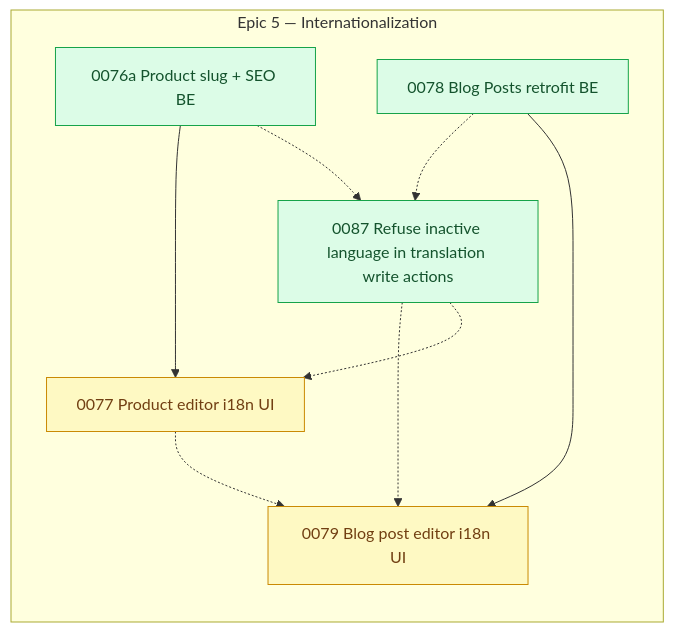
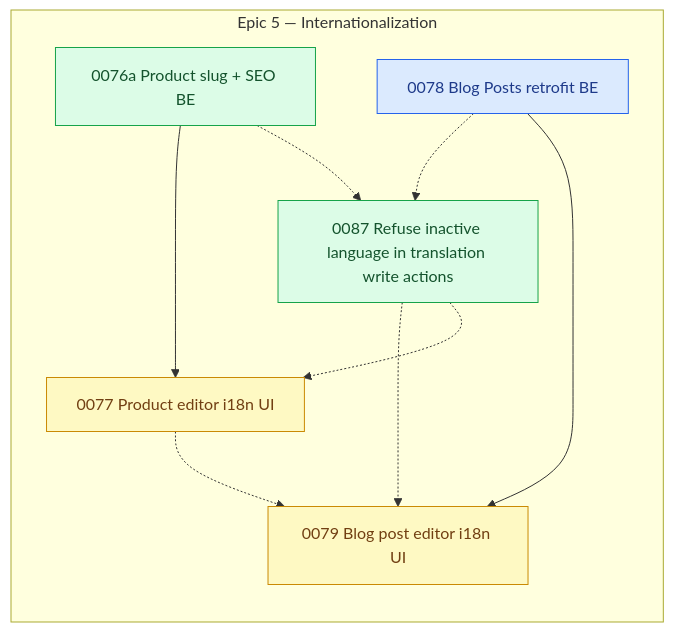
Before and after one commit to shojen/AI4Devs-finalproject: the diagram in arospe/ai-spec/tasks-map.md, drawn with Mermaid. The commit also changed other lines of this file and 9 other files, not shown here.

```diff
--- a/arospe/ai-spec/tasks-map.md
+++ b/arospe/ai-spec/tasks-map.md
@@ -637,7 +639,8 @@
     %% (P0083 -.-> P0085 and P0083 --> P0086 dropped: 0083 is done; 0086 is now ready.)
 
     class P0077,P0079 pending;
-    class P0076a,P0078,P0087 ready;
+    class P0076a,P0087 ready;
+    class P0078 claimed;
     P0087 -.-> P0079
     P0087 -.-> P0077
     %% (P0075 closed to done/ 2026-10-27; P0073 closed to done/ 2026-10-08; no node remains `claimed`.)
```
